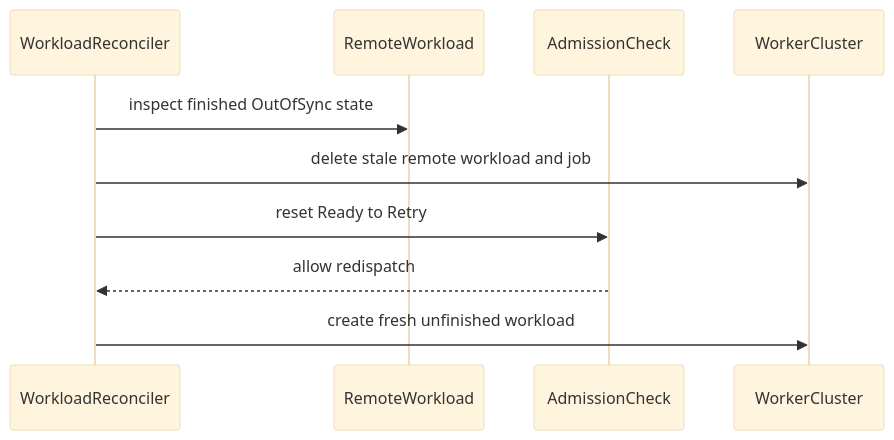
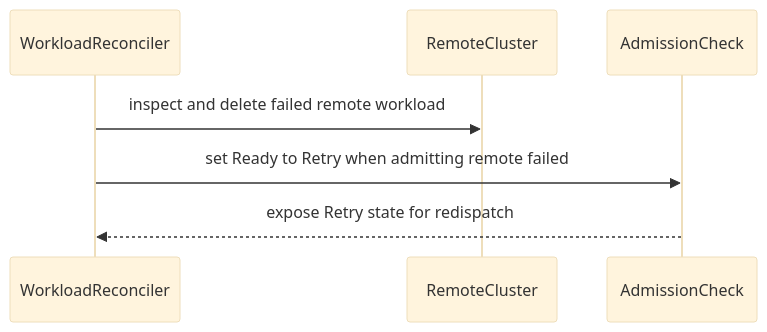
The diagram in raw/github/kubernetes-sigs__kueue/pr-14521.md (reruno/kueue-llm-wiki), drawn with Mermaid (base theme) before and after one commit. The commit also changed other lines of this file and 1586 other files, not shown here.

````diff
--- a/raw/github/kubernetes-sigs__kueue/pr-14521.md
+++ b/raw/github/kubernetes-sigs__kueue/pr-14521.md
@@ -154,12 +221,9 @@
 ```mermaid
 sequenceDiagram
   participant WorkloadReconciler
-  participant RemoteWorkload
+  participant RemoteCluster
   participant AdmissionCheck
-  participant WorkerCluster
-  WorkloadReconciler->>RemoteWorkload: inspect finished OutOfSync state
-  WorkloadReconciler->>WorkerCluster: delete stale remote workload and job
-  WorkloadReconciler->>AdmissionCheck: reset Ready to Retry
-  AdmissionCheck-->>WorkloadReconciler: allow redispatch
-  WorkloadReconciler->>WorkerCluster: create fresh unfinished workload
+  WorkloadReconciler->>RemoteCluster: inspect and delete failed remote workload
+  WorkloadReconciler->>AdmissionCheck: set Ready to Retry when admitting remote failed
+  AdmissionCheck-->>WorkloadReconciler: expose Retry state for redispatch
 ```
````
